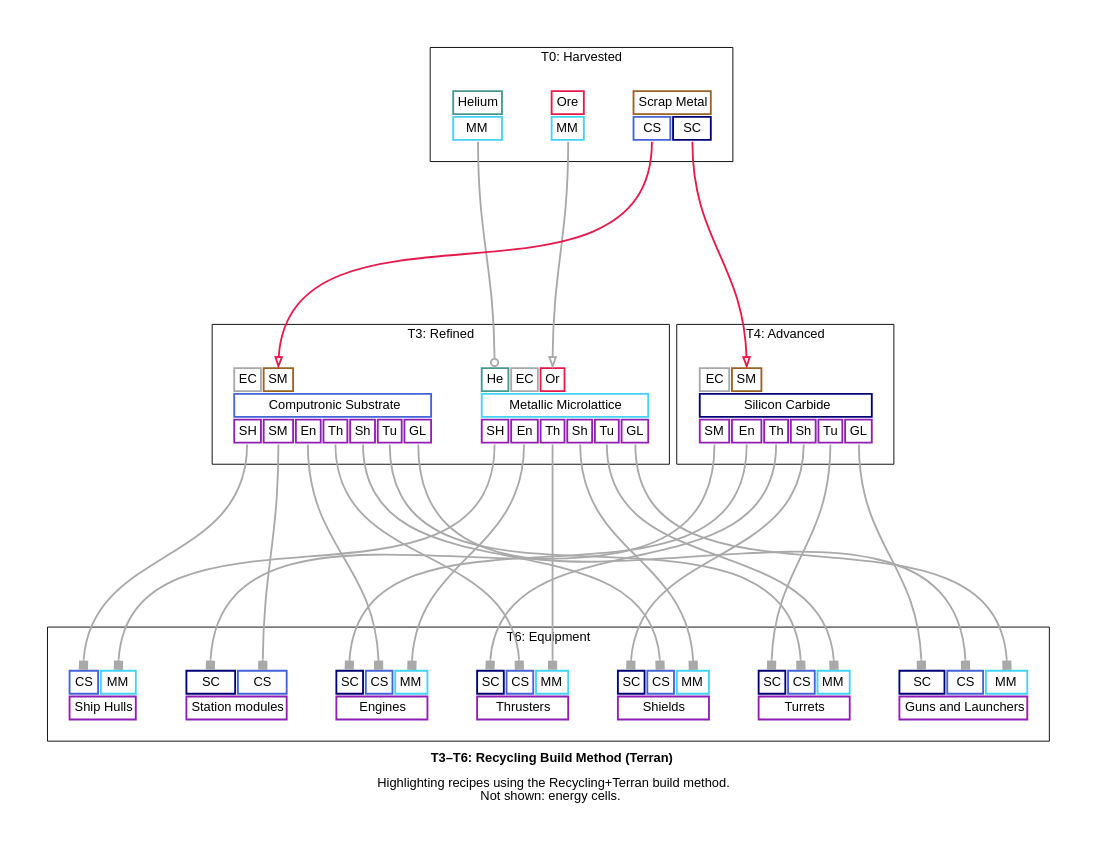
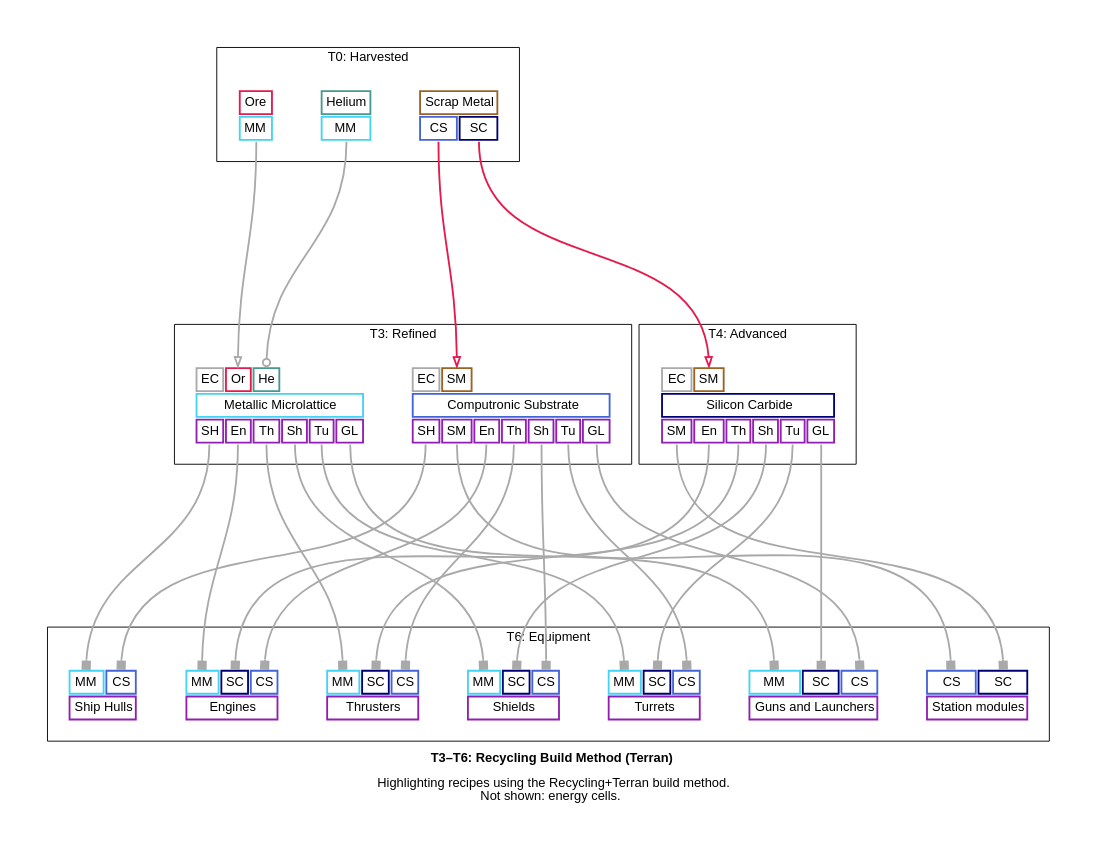
The diagram in docs/t3_t6_recycling_build_method_terran__graph_simplified.dot (borntyping/x4-diagrams), drawn with Graphviz before and after one commit. The commit also changed other lines of this file and 46 other files, not shown here.

```diff
--- a/docs/t3_t6_recycling_build_method_terran__graph_simplified.dot
+++ b/docs/t3_t6_recycling_build_method_terran__graph_simplified.dot
@@ -88,11 +88,11 @@
   
     <tr>
       
-        <td align="text" bgcolor="white" color="#469990" port="helium">He</td>
-      
         <td align="text" bgcolor="white" color="#a9a9a9" port="energy_cells">EC</td>
       
         <td align="text" bgcolor="white" color="#e6194B" port="ore">Or</td>
+      
+        <td align="text" bgcolor="white" color="#469990" port="helium">He</td>
       
     </tr>
   
@@ -154,13 +154,64 @@
 	}
 	subgraph 6 {
 		cluster=true label="T6: Equipment"
+		engines [label=<<table border="0" cellborder="2" cellpadding="4" cellspacing="1" fixedsize="false" id="engines" port="output">
+  
+    <tr>
+      
+        <td align="text" bgcolor="white" color="#42d4f4" port="metallic_microlattice">MM</td>
+      
+        <td align="text" bgcolor="white" color="#000075" port="silicon_carbide">SC</td>
+      
+        <td align="text" bgcolor="white" color="#4363d8" port="computronic_substrate">CS</td>
+      
+    </tr>
+  
+  <tr>
+    <td align="text" bgcolor="white" color="#911eb4" colspan="3">Engines</td>
+  </tr>
+  
+</table>>]
+		guns_and_launchers [label=<<table border="0" cellborder="2" cellpadding="4" cellspacing="1" fixedsize="false" id="guns_and_launchers" port="output">
+  
+    <tr>
+      
+        <td align="text" bgcolor="white" color="#42d4f4" port="metallic_microlattice">MM</td>
+      
+        <td align="text" bgcolor="white" color="#000075" port="silicon_carbide">SC</td>
+      
+        <td align="text" bgcolor="white" color="#4363d8" port="computronic_substrate">CS</td>
+      
+    </tr>
+  
+  <tr>
+    <td align="text" bgcolor="white" color="#911eb4" colspan="3">Guns and Launchers</td>
+  </tr>
+  
+</table>>]
+		shields [label=<<table border="0" cellborder="2" cellpadding="4" cellspacing="1" fixedsize="false" id="shields" port="output">
+  
+    <tr>
+      
+        <td align="text" bgcolor="white" color="#42d4f4" port="metallic_microlattice">MM</td>
+      
+        <td align="text" bgcolor="white" color="#000075" port="silicon_carbide">SC</td>
+      
+        <td align="text" bgcolor="white" color="#4363d8" port="computronic_substrate">CS</td>
+      
+    </tr>
+  
+  <tr>
+    <td align="text" bgcolor="white" color="#911eb4" colspan="3">Shields</td>
+  </tr>
+  
+</table>>]
 		ship_hulls [label=<<table border="0" cellborder="2" cellpadding="4" cellspacing="1" fixedsize="false" id="ship_hulls" port="output">
   
     <tr>
       
+        <td align="text" bgcolor="white" color="#42d4f4" port="metallic_microlattice">MM</td>
+      
         <td align="text" bgcolor="white" color="#4363d8" port="computronic_substrate">CS</td>
-      
-        <td align="text" bgcolor="white" color="#42d4f4" port="metallic_microlattice">MM</td>
       
     </tr>
   
@@ -173,9 +224,9 @@
   
     <tr>
       
+        <td align="text" bgcolor="white" color="#4363d8" port="computronic_substrate">CS</td>
+      
         <td align="text" bgcolor="white" color="#000075" port="silicon_carbide">SC</td>
-      
-        <td align="text" bgcolor="white" color="#4363d8" port="computronic_substrate">CS</td>
       
     </tr>
   
@@ -184,32 +235,15 @@
   </tr>
   
 </table>>]
-		engines [label=<<table border="0" cellborder="2" cellpadding="4" cellspacing="1" fixedsize="false" id="engines" port="output">
+		thrusters [label=<<table border="0" cellborder="2" cellpadding="4" cellspacing="1" fixedsize="false" id="thrusters" port="output">
   
     <tr>
+      
+        <td align="text" bgcolor="white" color="#42d4f4" port="metallic_microlattice">MM</td>
       
         <td align="text" bgcolor="white" color="#000075" port="silicon_carbide">SC</td>
       
         <td align="text" bgcolor="white" color="#4363d8" port="computronic_substrate">CS</td>
-      
-        <td align="text" bgcolor="white" color="#42d4f4" port="metallic_microlattice">MM</td>
-      
-    </tr>
-  
-  <tr>
-    <td align="text" bgcolor="white" color="#911eb4" colspan="3">Engines</td>
-  </tr>
-  
-</table>>]
-		thrusters [label=<<table border="0" cellborder="2" cellpadding="4" cellspacing="1" fixedsize="false" id="thrusters" port="output">
-  
-    <tr>
-      
-        <td align="text" bgcolor="white" color="#000075" port="silicon_carbide">SC</td>
-      
-        <td align="text" bgcolor="white" color="#4363d8" port="computronic_substrate">CS</td>
-      
-        <td align="text" bgcolor="white" color="#42d4f4" port="metallic_microlattice">MM</td>
       
     </tr>
   
@@ -218,54 +252,20 @@
   </tr>
   
 </table>>]
-		shields [label=<<table border="0" cellborder="2" cellpadding="4" cellspacing="1" fixedsize="false" id="shields" port="output">
+		turrets [label=<<table border="0" cellborder="2" cellpadding="4" cellspacing="1" fixedsize="false" id="turrets" port="output">
   
     <tr>
+      
+        <td align="text" bgcolor="white" color="#42d4f4" port="metallic_microlattice">MM</td>
       
         <td align="text" bgcolor="white" color="#000075" port="silicon_carbide">SC</td>
       
         <td align="text" bgcolor="white" color="#4363d8" port="computronic_substrate">CS</td>
       
-        <td align="text" bgcolor="white" color="#42d4f4" port="metallic_microlattice">MM</td>
-      
-    </tr>
-  
-  <tr>
-    <td align="text" bgcolor="white" color="#911eb4" colspan="3">Shields</td>
-  </tr>
-  
-</table>>]
-		turrets [label=<<table border="0" cellborder="2" cellpadding="4" cellspacing="1" fixedsize="false" id="turrets" port="output">
-  
-    <tr>
-      
-        <td align="text" bgcolor="white" color="#000075" port="silicon_carbide">SC</td>
-      
-        <td align="text" bgcolor="white" color="#4363d8" port="computronic_substrate">CS</td>
-      
-        <td align="text" bgcolor="white" color="#42d4f4" port="metallic_microlattice">MM</td>
-      
     </tr>
   
   <tr>
     <td align="text" bgcolor="white" color="#911eb4" colspan="3">Turrets</td>
-  </tr>
-  
-</table>>]
-		guns_and_launchers [label=<<table border="0" cellborder="2" cellpadding="4" cellspacing="1" fixedsize="false" id="guns_and_launchers" port="output">
-  
-    <tr>
-      
-        <td align="text" bgcolor="white" color="#000075" port="silicon_carbide">SC</td>
-      
-        <td align="text" bgcolor="white" color="#4363d8" port="computronic_substrate">CS</td>
-      
-        <td align="text" bgcolor="white" color="#42d4f4" port="metallic_microlattice">MM</td>
-      
-    </tr>
-  
-  <tr>
-    <td align="text" bgcolor="white" color="#911eb4" colspan="3">Guns and Launchers</td>
   </tr>
   
 </table>>]
```
